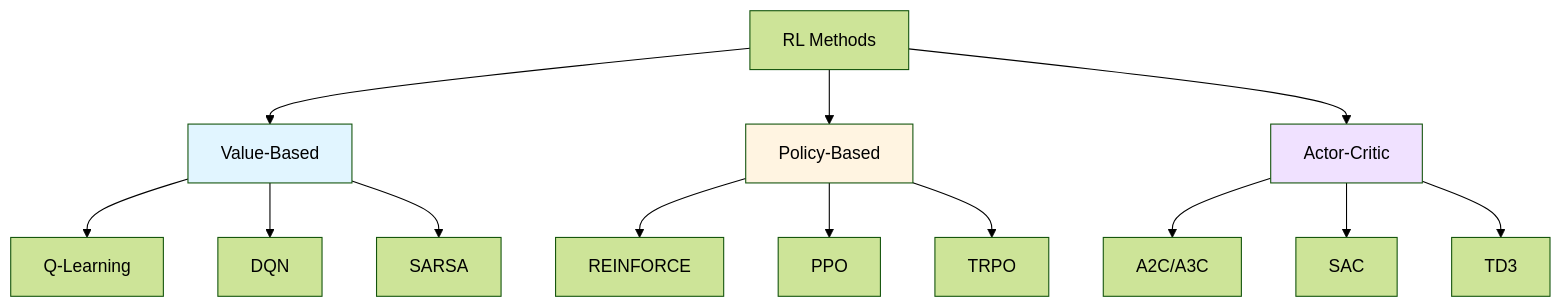
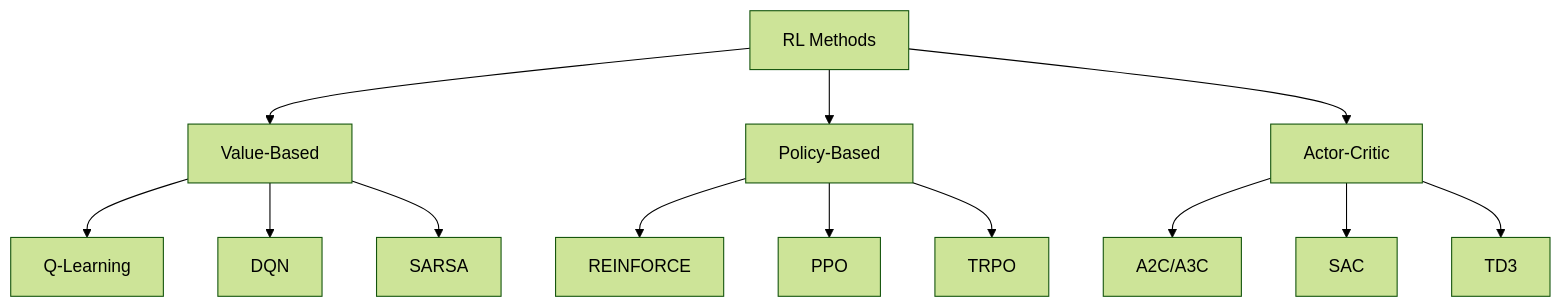
Before and after one commit to SaxionMechatronics/ai4rob_course: the fourth of 4 diagrams in docs/reinforcement_learning/3_policy_vs_value.md, drawn with Mermaid (forest theme). The commit also changed other lines of this file and 12 other files, not shown here.

````diff
--- a/docs/reinforcement_learning/3_policy_vs_value.md
+++ b/docs/reinforcement_learning/3_policy_vs_value.md
@@ -369,19 +369,15 @@
 ```mermaid
 graph TB
-    A[RL Methods] --> B[Value-Based]
-    A --> C[Policy-Based]
-    A --> D[Actor-Critic]
-    B --> B1[Q-Learning]
-    B --> B2[DQN]
-    B --> B3[SARSA]
-    C --> C1[REINFORCE]
-    C --> C2[PPO]
-    C --> C3[TRPO]
-    D --> D1[A2C/A3C]
-    D --> D2[SAC]
-    D --> D3[TD3]
-    
-    style B fill:#e1f5ff
-    style C fill:#fff4e1
-    style D fill:#f0e1ff
+    A["RL Methods"] --> B["Value-Based"]
+    A --> C["Policy-Based"]
+    A --> D["Actor-Critic"]
+    B --> B1["Q-Learning"]
+    B --> B2["DQN"]
+    B --> B3["SARSA"]
+    C --> C1["REINFORCE"]
+    C --> C2["PPO"]
+    C --> C3["TRPO"]
+    D --> D1["A2C/A3C"]
+    D --> D2["SAC"]
+    D --> D3["TD3"]
 ```
````
